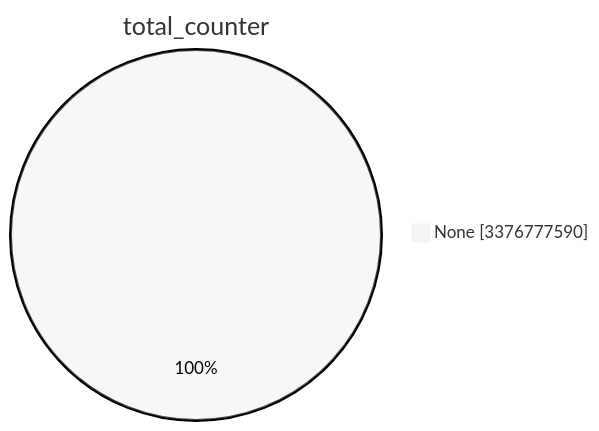
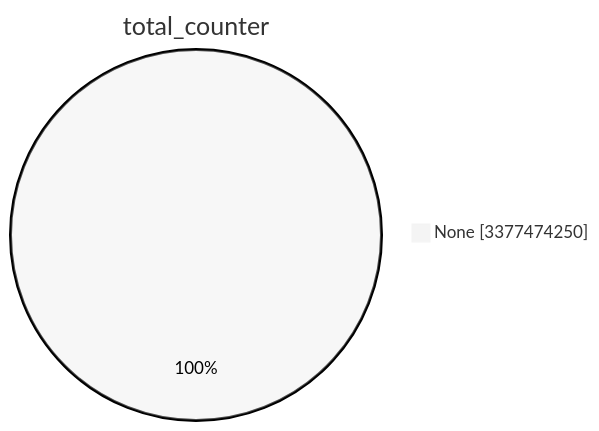
Before and after one commit to christiankrug/ctmonitor_visualization: the first of 15 diagrams in TOTAL/README.md, drawn with Mermaid (neutral theme). The commit also changed other lines of this file, not shown here.

````diff
--- a/TOTAL/README.md
+++ b/TOTAL/README.md
@@ -1,5 +1,5 @@
 ```mermaid
 pie showData
 title total_counter
-"None" :3376777590
+"None" :3377474250
 ```
````
